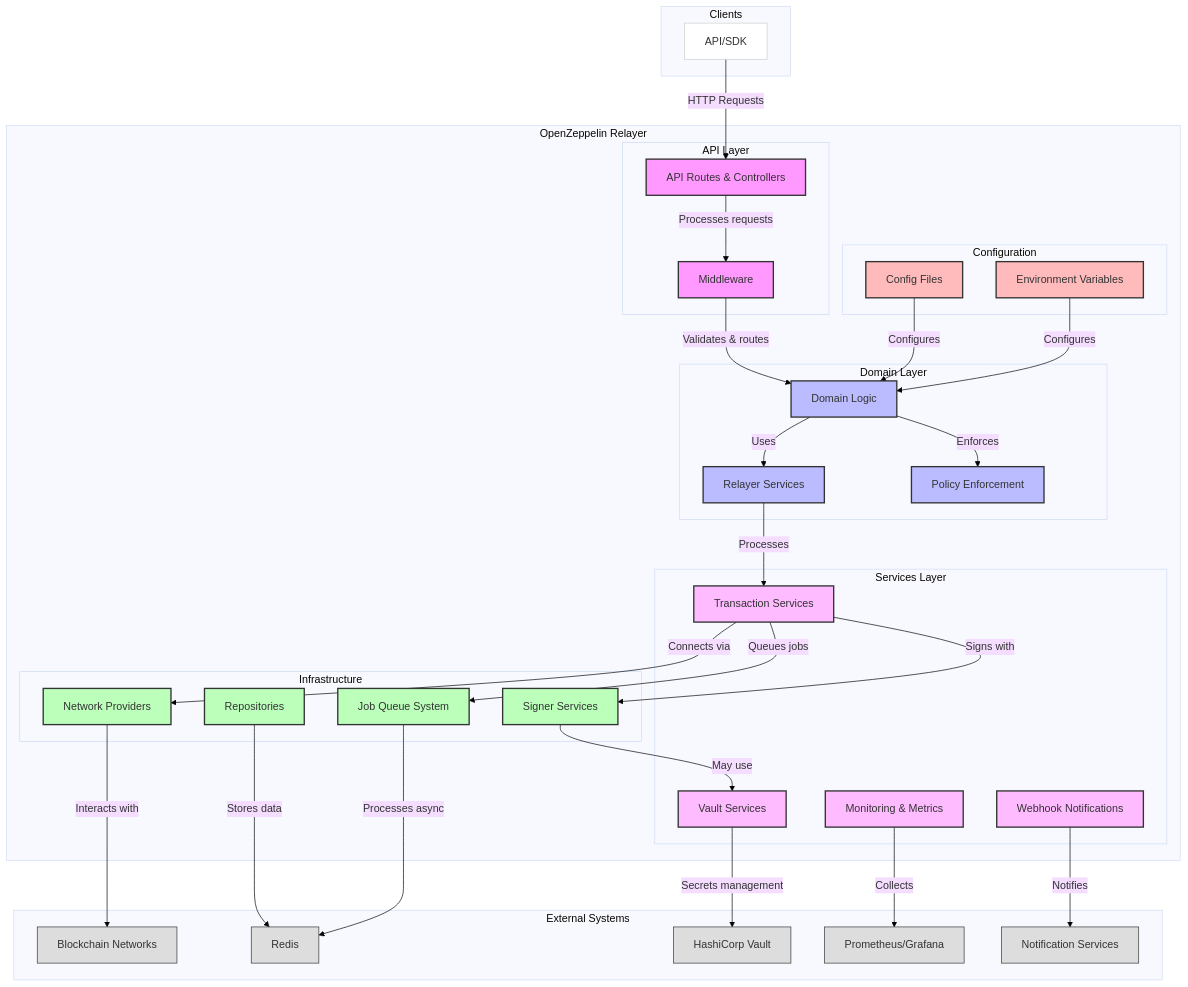
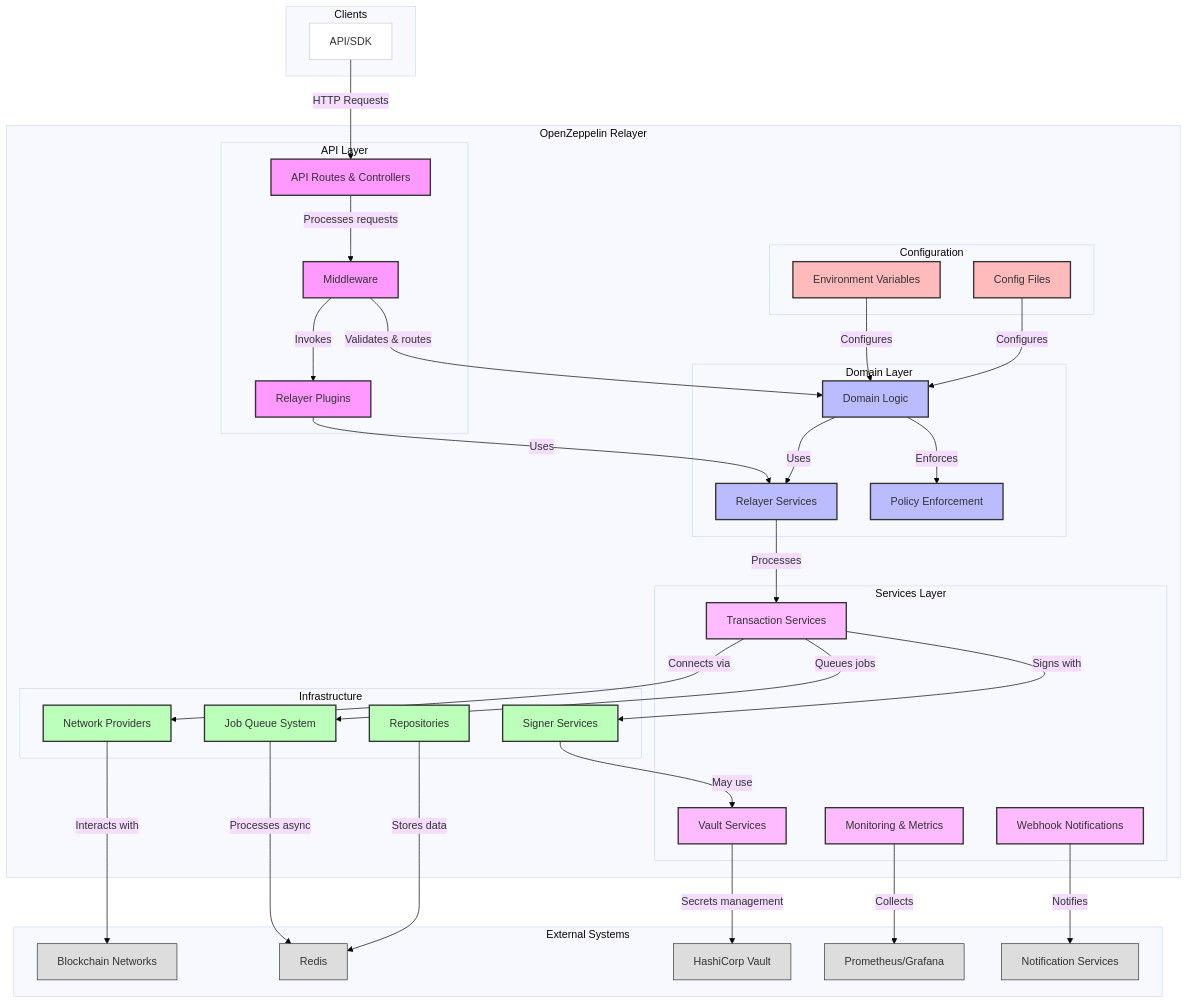
One commit to pack-dragonnu8/openzeppelin-relayer changed the diagram in README.md. Above: the diagram before and after it, drawn with Mermaid. The commit also changed other lines of this file and 1 other file, not shown here.

First line of the commit message:
docs: Create plugins Readme docs (#306)

```diff
--- a/README.md
+++ b/README.md
@@ -95,6 +96,7 @@
         subgraph "API Layer"
             api[API Routes & Controllers]
             middleware[Middleware]
+            plugins[Relayer Plugins]
         end
 
         subgraph "Domain Layer"
@@ -137,11 +139,13 @@
     %% API Layer connections
     api -- "Processes requests" --> middleware
     middleware -- "Validates & routes" --> domain
+    middleware -- "Invokes" --> plugins
 
     %% Domain Layer connections
     domain -- "Uses" --> relayer
     domain -- "Enforces" --> policies
     relayer -- "Processes" --> transaction
+    plugins -- "Uses" --> relayer
 
     %% Services Layer connections
     transaction -- "Signs with" --> signer
@@ -169,7 +173,7 @@
     classDef configClass fill:#fbb,stroke:#333,stroke-width:2px
     classDef externalClass fill:#ddd,stroke:#333,stroke-width:1px
 
-    class api,middleware apiClass
+    class api,middleware,plugins apiClass
     class domain,relayer,policies domainClass
     class repositories,jobs,signer,provider infraClass
     class transaction,vault,webhook,monitoring serviceClass
```
